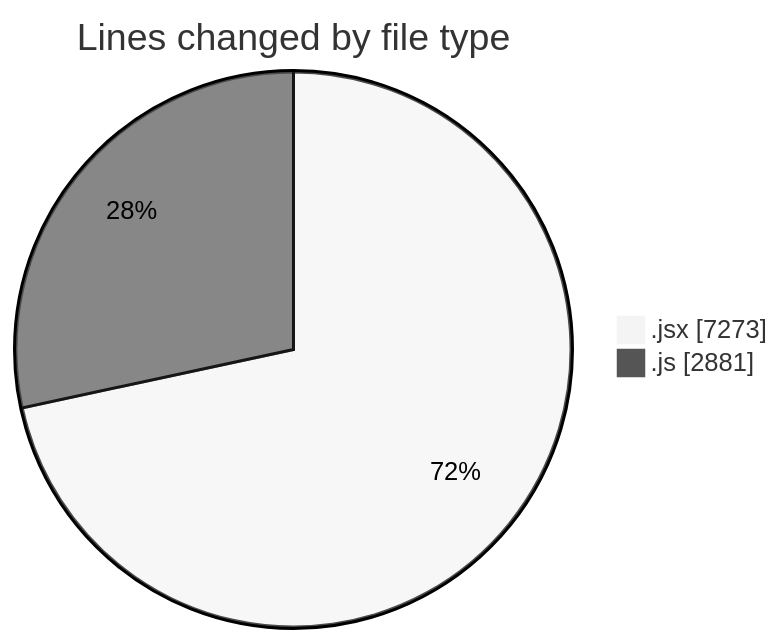
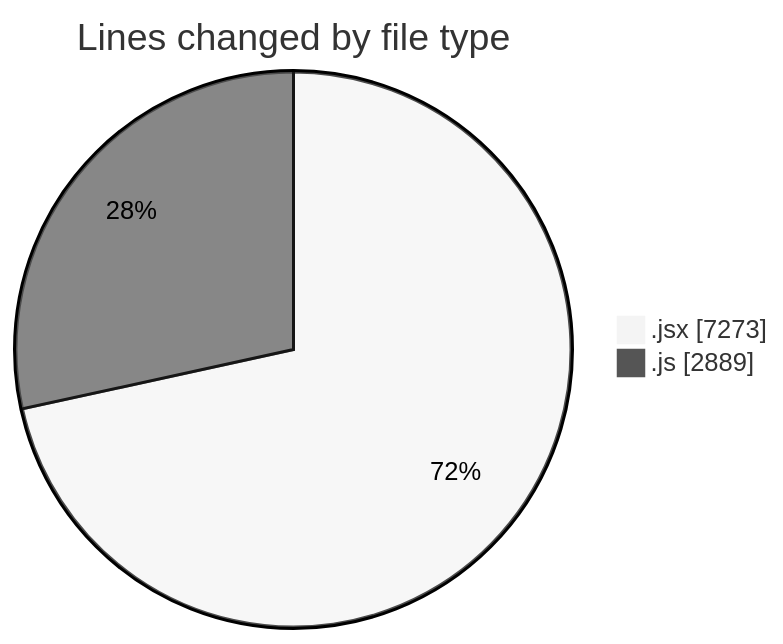
Before and after one commit to nxtqubesakshisongat/code-tracking: the first of 2 diagrams in 2025-12-11/nxtqube_webapp/README.md, drawn with Mermaid (neutral theme). The commit also changed other lines of this file and 1 other file, not shown here.

````diff
--- a/2025-12-11/nxtqube_webapp/README.md
+++ b/2025-12-11/nxtqube_webapp/README.md
@@ -33,6 +33,6 @@
 ```mermaid
 pie showData
 title Lines changed by file type
 ".jsx" : 7273
-".js" : 2881
+".js" : 2889
 ```
````
